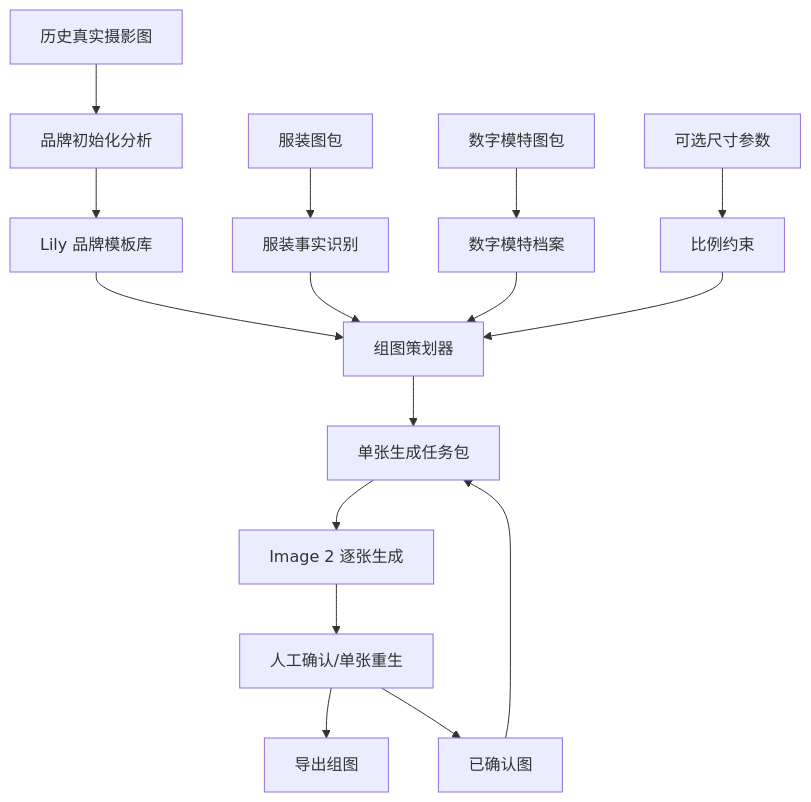
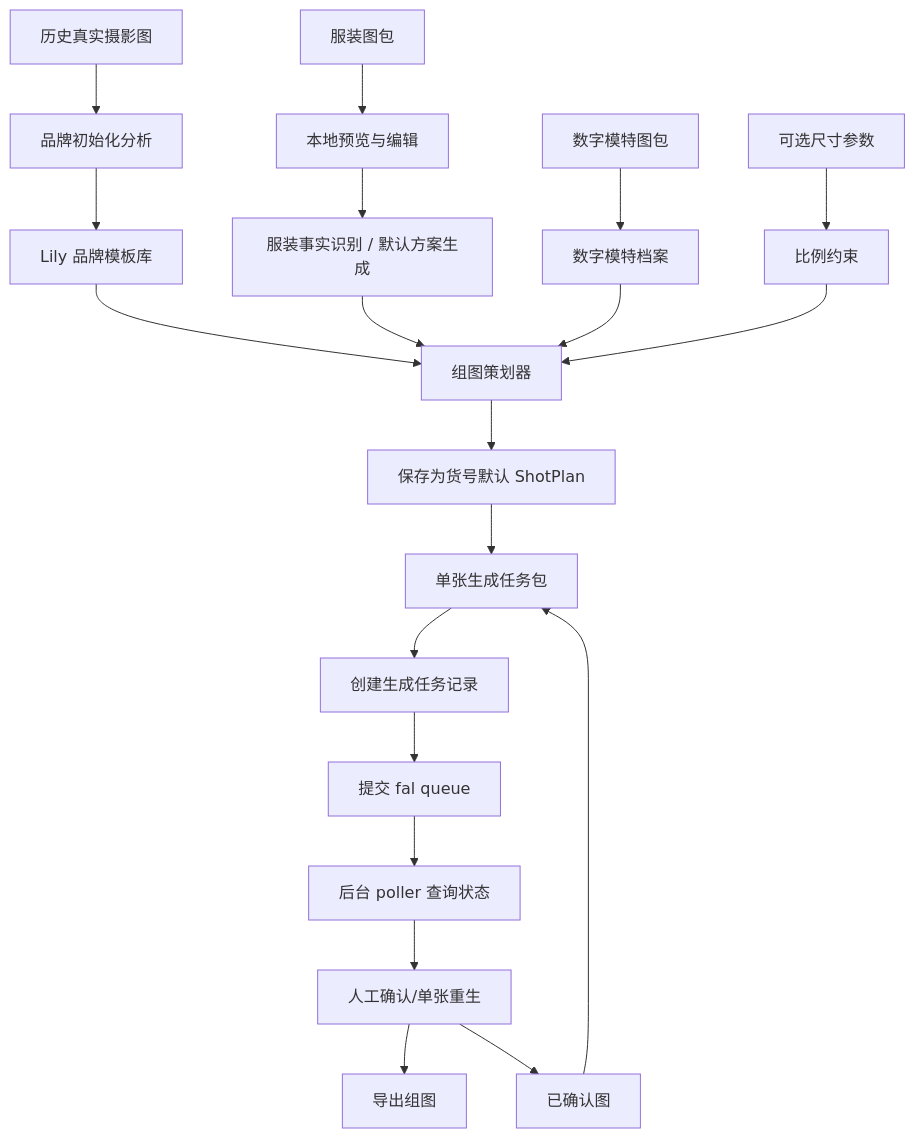
Before and after one commit to happyvchen/ruyi-dream: the diagram in design/04_implementation_guide/technical_route_and_operations.md, drawn with Mermaid. The commit also changed other lines of this file and 32 other files, not shown here.

````diff
--- a/design/04_implementation_guide/technical_route_and_operations.md
+++ b/design/04_implementation_guide/technical_route_and_operations.md
@@ -25,21 +26,25 @@
 ```mermaid
 flowchart TD
   A["历史真实摄影图"] --> B["品牌初始化分析"]
   B --> C["Lily 品牌模板库"]
 
-  D["服装图包"] --> E["服装事实识别"]
+  D["服装图包"] --> D1["本地预览与编辑"]
+  D1 --> E["服装事实识别 / 默认方案生成"]
   F["数字模特图包"] --> G["数字模特档案"]
   H["可选尺寸参数"] --> I["比例约束"]
 
   C --> J["组图策划器"]
   E --> J
   G --> J
   I --> J
 
-  J --> K["单张生成任务包"]
-  K --> L["Image 2 逐张生成"]
-  L --> M["人工确认/单张重生"]
+  J --> J1["保存为货号默认 ShotPlan"]
+  J1 --> K["单张生成任务包"]
+  K --> L0["创建生成任务记录"]
+  L0 --> L1["提交 fal queue"]
+  L1 --> L2["后台 poller 查询状态"]
+  L2 --> M["人工确认/单张重生"]
   M --> N["导出组图"]
   M --> O["已确认图"]
   O --> K
 ```
````
